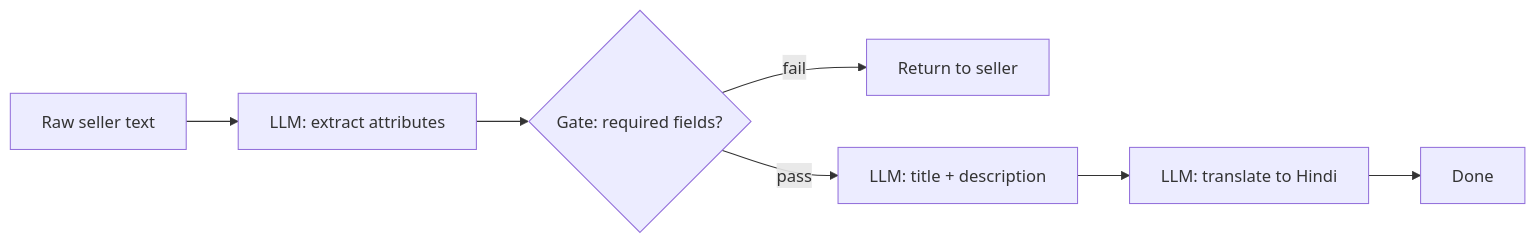
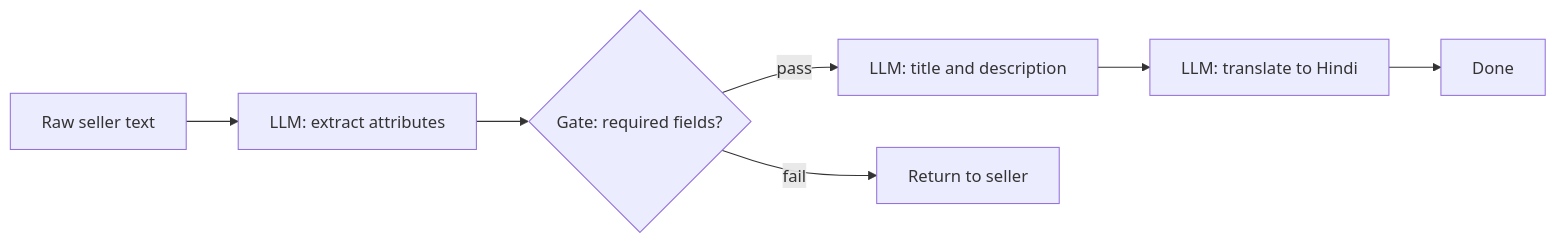
Before and after one commit to flow6979/viewinter: the second of 8 diagrams in content-en/11-agentic/03-workflow-patterns.md, drawn with Mermaid. The commit also changed other lines of this file and 26 other files, not shown here.

First line of the commit message:
Agentic AI: rewrite all 13 pages to explain from scratch; animate diagrams on every article

````diff
--- a/content-en/11-agentic/03-workflow-patterns.md
+++ b/content-en/11-agentic/03-workflow-patterns.md
@@ -44,9 +100,9 @@
 ```mermaid
 flowchart LR
     A["Raw seller text"] --> B["LLM: extract attributes"]
     B --> G{"Gate: required fields?"}
-    G -- "fail" --> X["Return to seller"]
-    G -- "pass" --> C["LLM: title + description"]
+    G -->|pass| C["LLM: title and description"]
     C --> D["LLM: translate to Hindi"]
     D --> E["Done"]
+    G -->|fail| X["Return to seller"]
 ```
````
